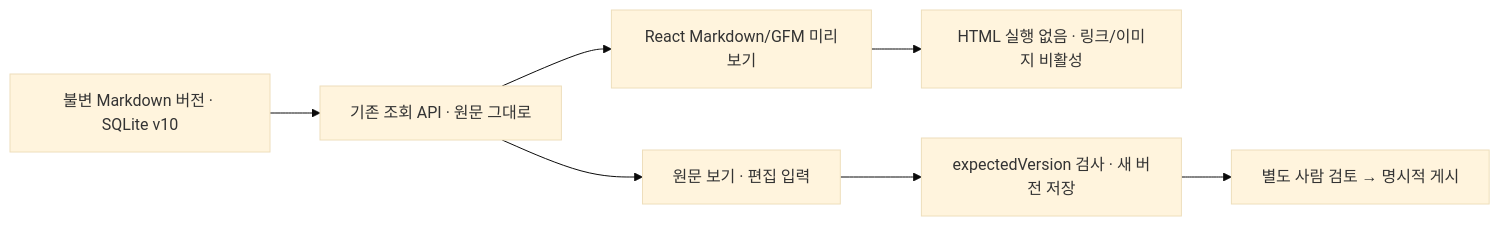
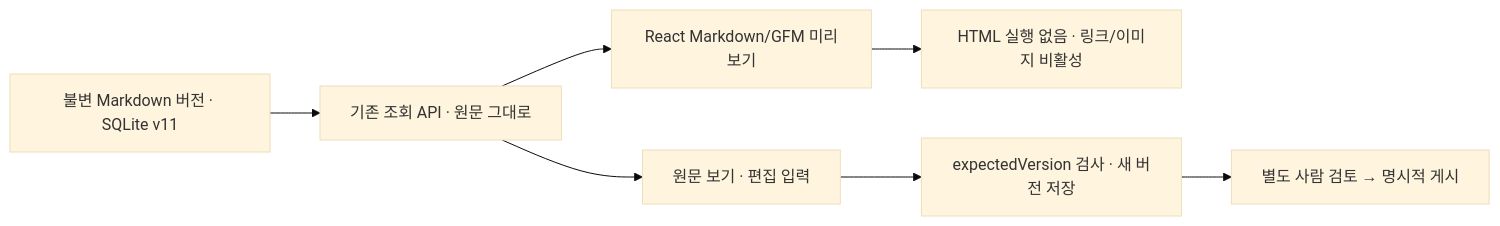
Before and after one commit to thisisnew/dougle: the seventh of 7 diagrams in docs/design-map.md, drawn with Mermaid (base theme). The commit also changed other lines of this file and 31 other files, not shown here.

````diff
--- a/docs/design-map.md
+++ b/docs/design-map.md
@@ -260,9 +260,9 @@
 ```mermaid
 flowchart LR
-  Version["불변 Markdown 버전 · SQLite v10"] --> API["기존 조회 API · 원문 그대로"]
+  Version["불변 Markdown 버전 · SQLite v11"] --> API["기존 조회 API · 원문 그대로"]
   API --> Preview["React Markdown/GFM 미리보기"]
   API --> Raw["원문 보기 · 편집 입력"]
   Preview --> Safe["HTML 실행 없음 · 링크/이미지 비활성"]
   Raw --> Save["expectedVersion 검사 · 새 버전 저장"]
   Save --> Review["별도 사람 검토 → 명시적 게시"]
 ```
````
